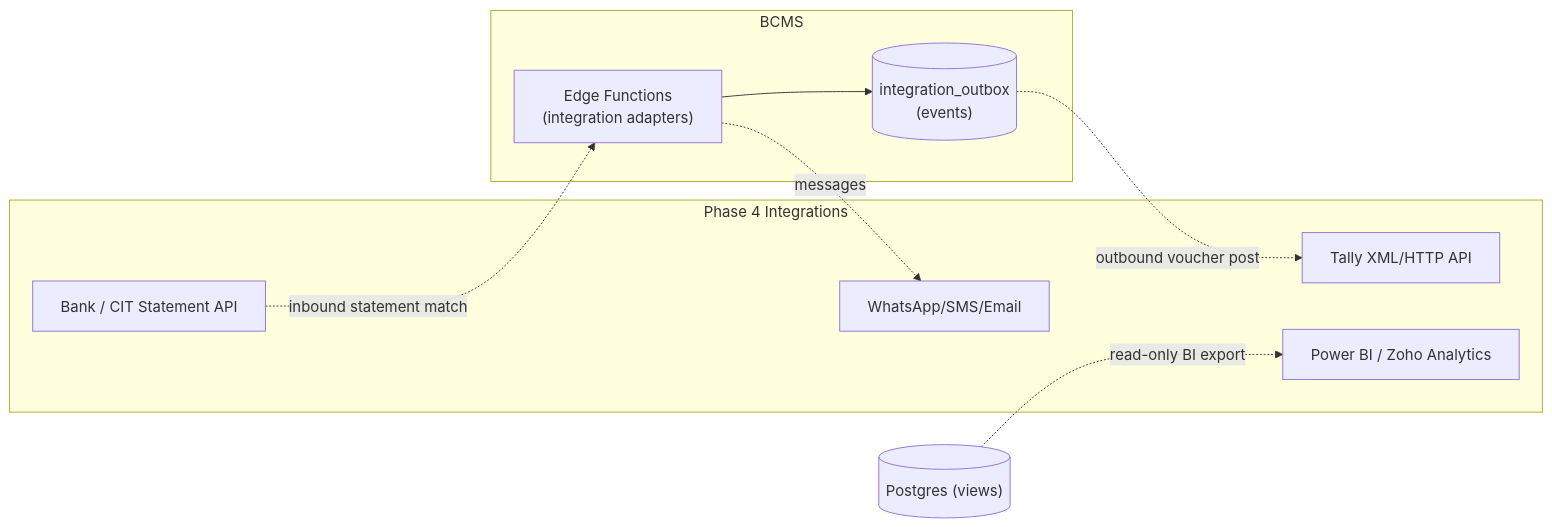
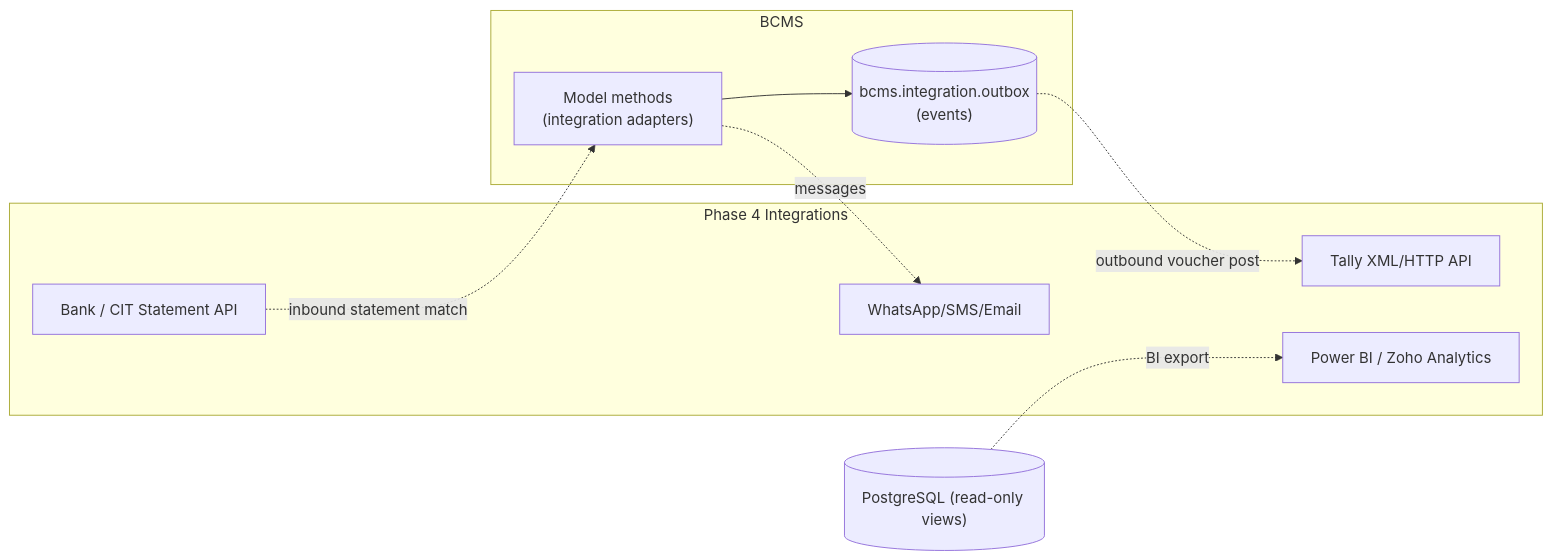
One commit to arunideen/branch-cash-management-system-odoo changed the seventh of 8 diagrams in docs/TechnicalArchitecture.md. Above: the diagram before and after it, drawn with Mermaid. The commit also changed other lines of this file and 53 other files, not shown here.

````diff
--- a/docs/TechnicalArchitecture.md
+++ b/docs/TechnicalArchitecture.md
@@ -302,18 +300,18 @@
 ```mermaid
 graph LR
     subgraph BCMS
-        EF["Edge Functions<br/>(integration adapters)"]
-        Q[("integration_outbox<br/>(events)")]
+        MTH["Model methods<br/>(integration adapters)"]
+        Q[("bcms.integration.outbox<br/>(events)")]
     end
     subgraph Phase4["Phase 4 Integrations"]
         Tally["Tally XML/HTTP API"]
         Bank["Bank / CIT Statement API"]
         Msg["WhatsApp/SMS/Email"]
         BI["Power BI / Zoho Analytics"]
     end
-    EF --> Q
+    MTH --> Q
     Q -.->|"outbound voucher post"| Tally
-    Bank -.->|"inbound statement match"| EF
-    EF -.->|"messages"| Msg
-    DB[("Postgres (views)")] -.->|"read-only BI export"| BI
+    Bank -.->|"inbound statement match"| MTH
+    MTH -.->|"messages"| Msg
+    DB[("PostgreSQL (read-only views)")] -.->|"BI export"| BI
 ```
````
